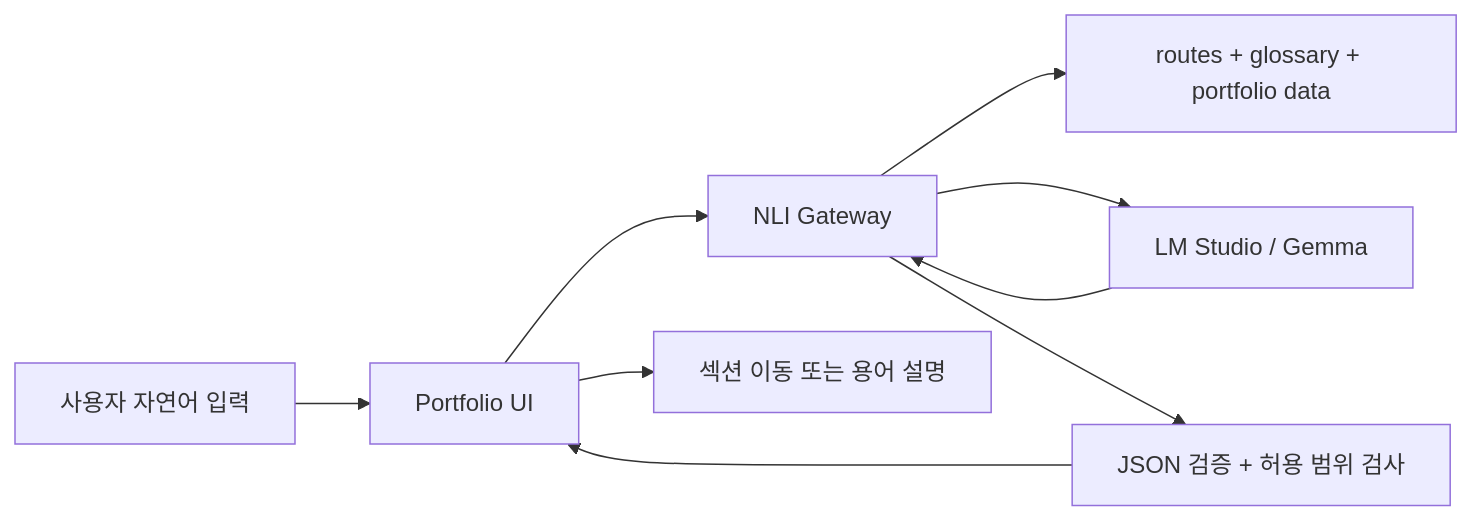
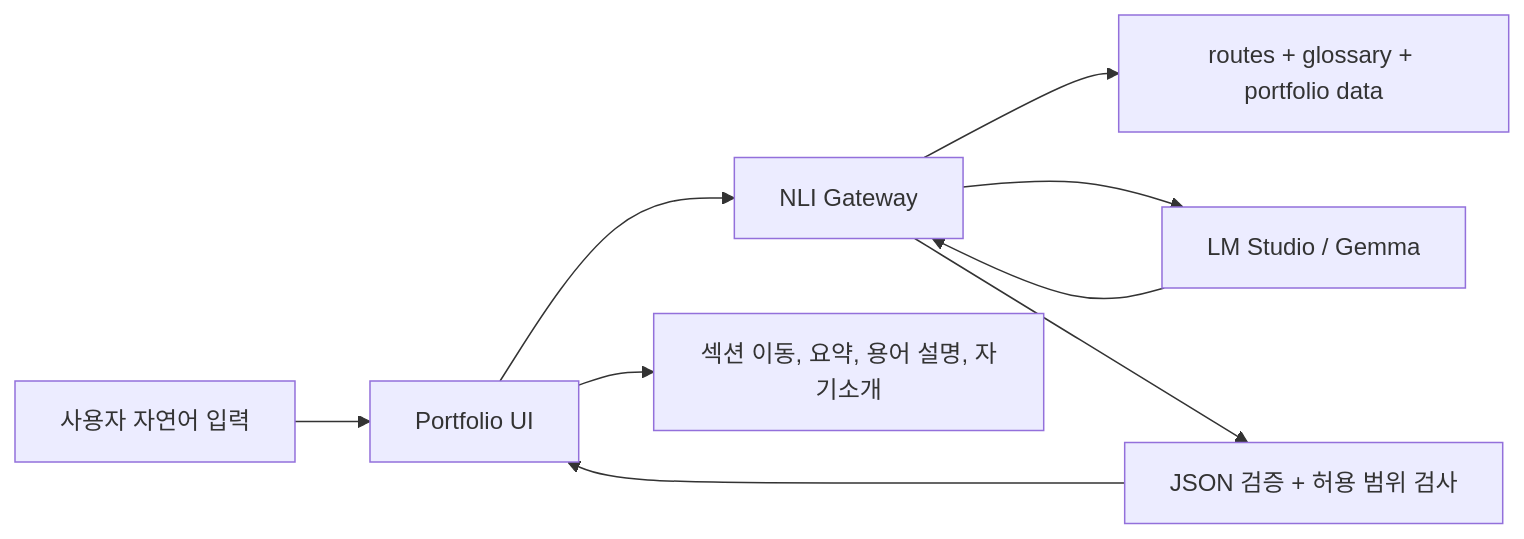
The diagram in docs/nli-mvp.md (mixedsider/portfolio-nli), drawn with Mermaid before and after one commit. The commit also changed other lines of this file and 11 other files, not shown here.

````diff
--- a/docs/nli-mvp.md
+++ b/docs/nli-mvp.md
@@ -28,11 +31,11 @@
 ```mermaid
 flowchart LR
   User["사용자 자연어 입력"] --> Frontend["Portfolio UI"]
   Frontend --> Gateway["NLI Gateway"]
   Gateway --> Context["routes + glossary + portfolio data"]
   Gateway --> LMStudio["LM Studio / Gemma"]
   LMStudio --> Gateway
   Gateway --> Guard["JSON 검증 + 허용 범위 검사"]
   Guard --> Frontend
-  Frontend --> Action["섹션 이동 또는 용어 설명"]
+  Frontend --> Action["섹션 이동, 요약, 용어 설명, 자기소개"]
 ```
````
